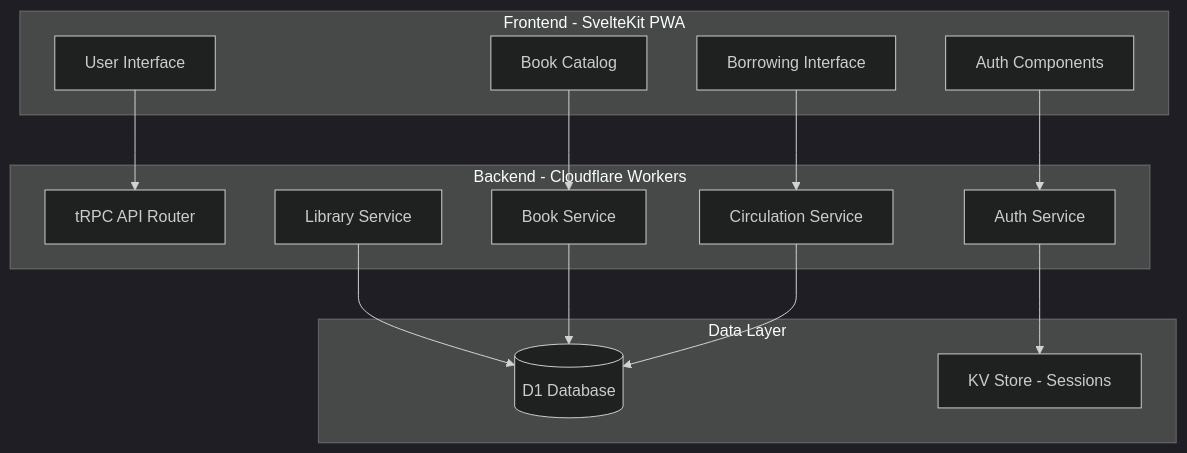
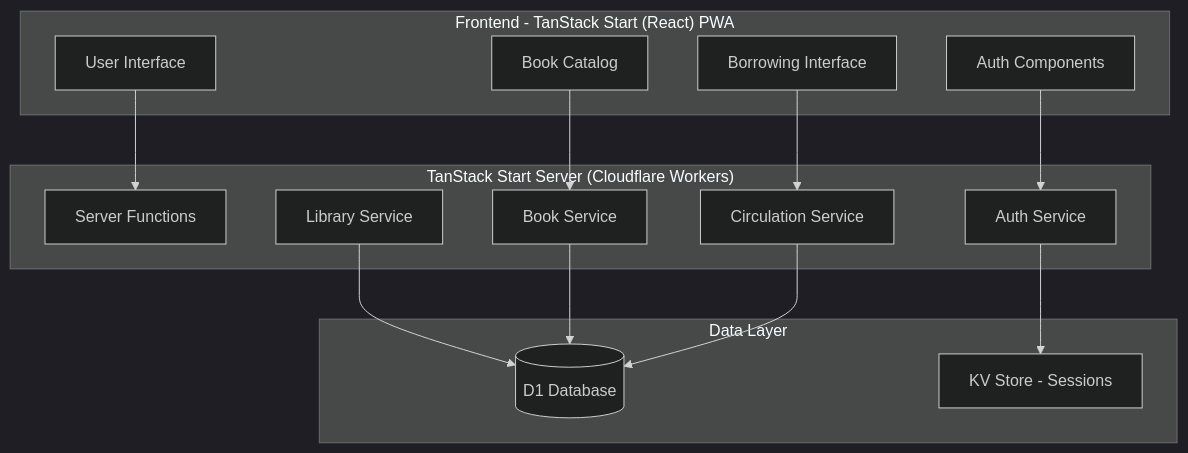
Before and after one commit to jizusun/OpenBookCorner: the diagram in .kiro/specs/release-1-mvp/design.md, drawn with Mermaid (dark theme). The commit also changed other lines of this file and 6 other files, not shown here.

Commit message:
docs: rewrite design docs, MVP spec, README to TanStack Start server-function stack

````diff
--- a/.kiro/specs/release-1-mvp/design.md
+++ b/.kiro/specs/release-1-mvp/design.md
@@ -22,32 +22,32 @@
 ```mermaid
 graph TB
-    subgraph "Frontend - SvelteKit PWA"
+    subgraph "Frontend - TanStack Start (React) PWA"
         UI[User Interface]
         Auth[Auth Components]
         Catalog[Book Catalog]
         Borrowing[Borrowing Interface]
     end
     
-    subgraph "Backend - Cloudflare Workers"
-        API[tRPC API Router]
+    subgraph "TanStack Start Server (Cloudflare Workers)"
+        API[Server Functions]
         AuthService[Auth Service]
         LibraryService[Library Service]
         BookService[Book Service]
         CirculationService[Circulation Service]
     end
     
     subgraph "Data Layer"
         D1[(D1 Database)]
         KV[KV Store - Sessions]
     end
     
     UI --> API
     Auth --> AuthService
     Catalog --> BookService
     Borrowing --> CirculationService
     
     AuthService --> KV
     LibraryService --> D1
     BookService --> D1
     CirculationService --> D1
 ```
````
